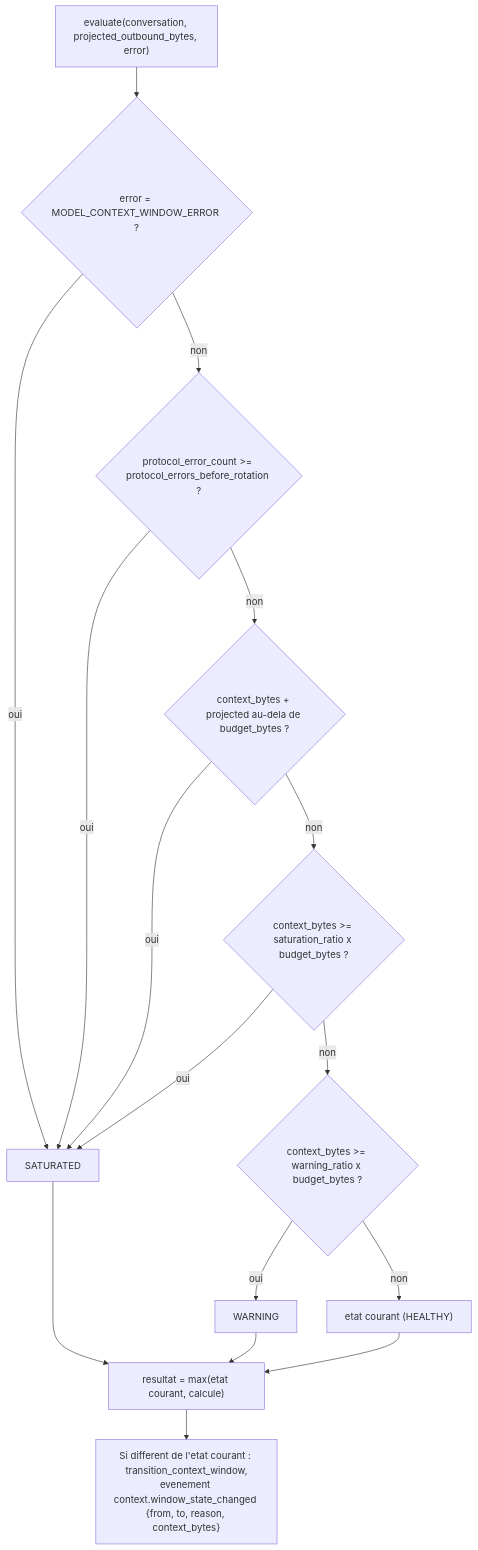
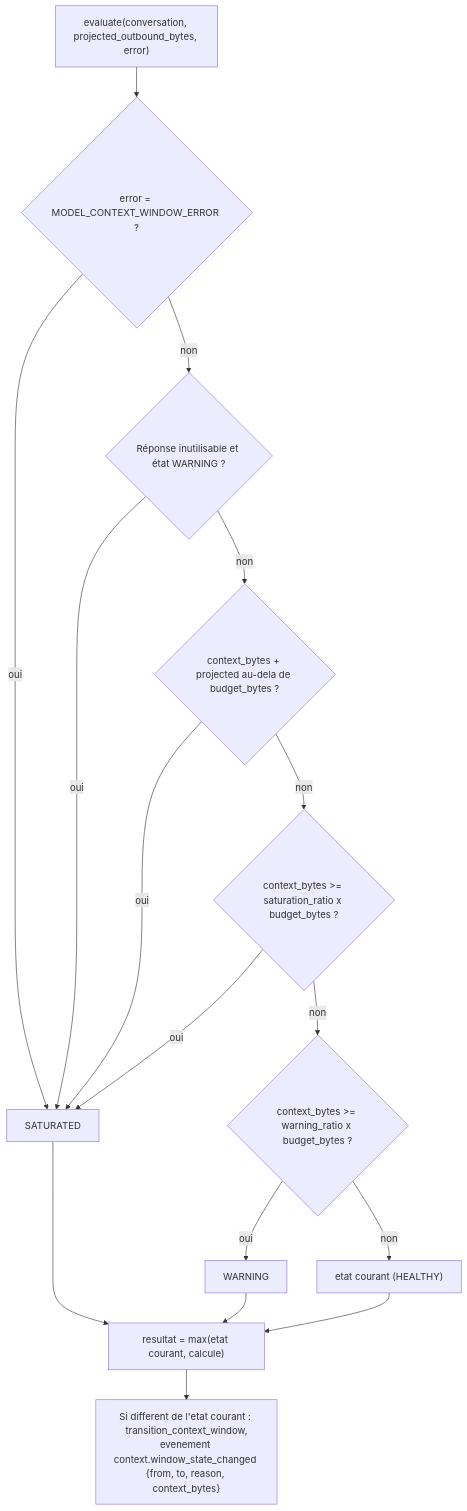
The first of 4 diagrams in docs/architecture/06-context-rotation.md (moabidi91/agentic-local-app), drawn with Mermaid before and after one commit. The commit also changed other lines of this file and 26 other files, not shown here.

````diff
--- a/docs/architecture/06-context-rotation.md
+++ b/docs/architecture/06-context-rotation.md
@@ -36,18 +36,18 @@
 ```mermaid
 flowchart TD
     IN["evaluate(conversation, projected_outbound_bytes, error)"] --> E1{"error = MODEL_CONTEXT_WINDOW_ERROR ?"}
     E1 -- oui --> SAT["SATURATED"]
-    E1 -- non --> E2{"protocol_error_count >= protocol_errors_before_rotation ?"}
+    E1 -- non --> E2{"Réponse inutilisable et état WARNING ?"}
     E2 -- oui --> SAT
     E2 -- non --> E3{"context_bytes + projected au-dela de budget_bytes ?"}
     E3 -- oui --> SAT
     E3 -- non --> E4{"context_bytes >= saturation_ratio x budget_bytes ?"}
     E4 -- oui --> SAT
     E4 -- non --> E5{"context_bytes >= warning_ratio x budget_bytes ?"}
     E5 -- oui --> WARN["WARNING"]
     E5 -- non --> CUR["etat courant (HEALTHY)"]
     SAT --> MAX["resultat = max(etat courant, calcule)"]
     WARN --> MAX
     CUR --> MAX
     MAX --> OUT["Si different de l'etat courant : transition_context_window,<br/>evenement context.window_state_changed {from, to, reason, context_bytes}"]
 ```
````
